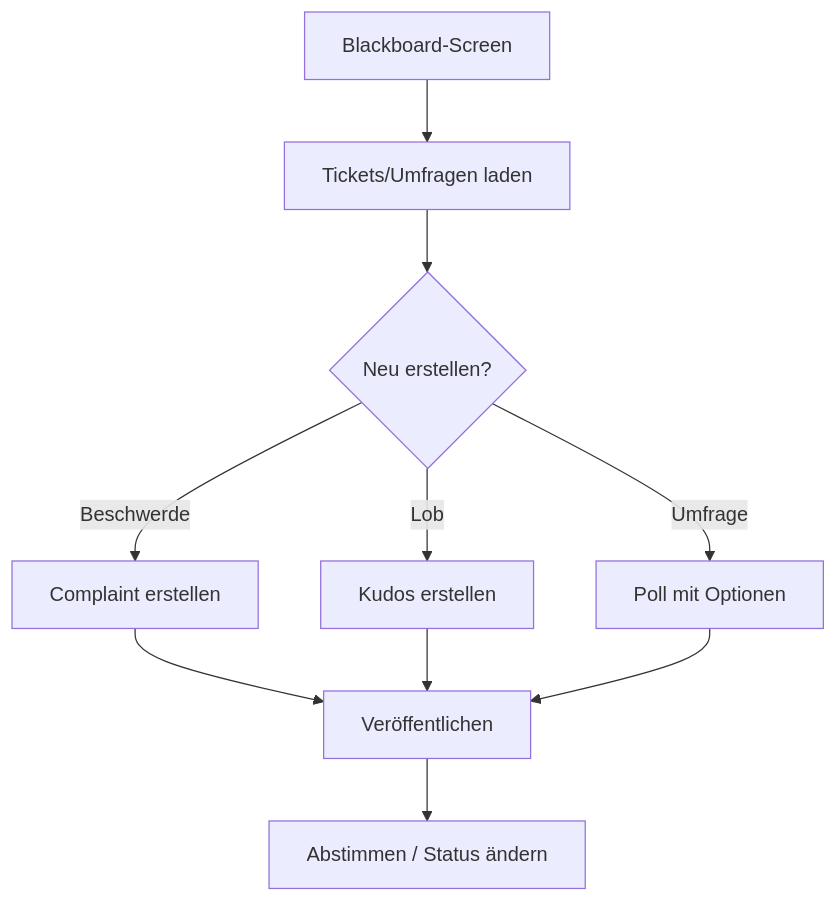
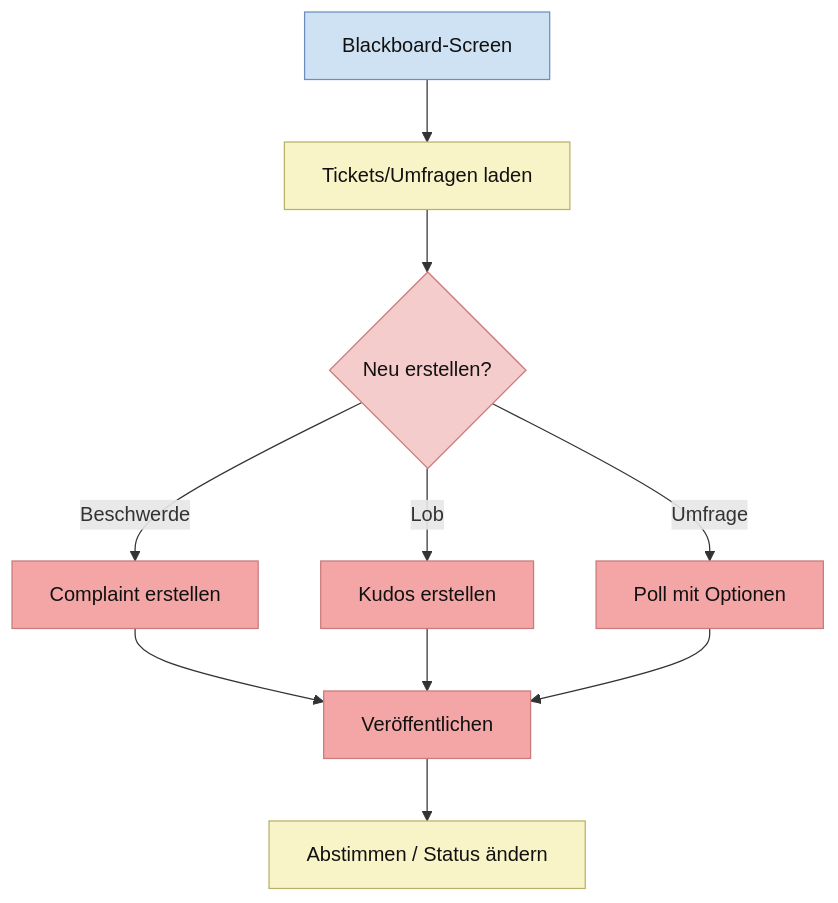
Diagram 16 of 23 in ABLAUFDIAGRAMM.md (Nejy190501/WGManager), drawn with Mermaid before and after one commit. The commit also changed other lines of this file, not shown here.

````diff
--- a/ABLAUFDIAGRAMM.md
+++ b/ABLAUFDIAGRAMM.md
@@ -424,12 +631,25 @@
 ```mermaid
 flowchart TD
     A["Blackboard-Screen"] --> B["Tickets/Umfragen laden"]
     B --> C{"Neu erstellen?"}
     C -->|Beschwerde| D["Complaint erstellen"]
     C -->|Lob| E["Kudos erstellen"]
     C -->|Umfrage| F["Poll mit Optionen"]
     D --> G["Veröffentlichen"]
     E --> G
     F --> G
     G --> H["Abstimmen / Status ändern"]
+
+    classDef userAction fill:#ead1f2,stroke:#8e7cc3,color:#111;
+    classDef systemAction fill:#f9f4c7,stroke:#b7b26a,color:#111;
+    classDef userDecision fill:#f4cccc,stroke:#cc7a7a,color:#111;
+    classDef systemDecision fill:#fff2b2,stroke:#c9b458,color:#111;
+    classDef button fill:#f4a6a6,stroke:#c97b7b,color:#111;
+    classDef userInput fill:#f8d7da,stroke:#d49aa2,color:#111;
+    classDef screen fill:#cfe2f3,stroke:#6c8ebf,color:#111;
+
+    class B,H systemAction;
+    class C userDecision;
+    class D,E,F,G button;
+    class A screen;
 ```
````
